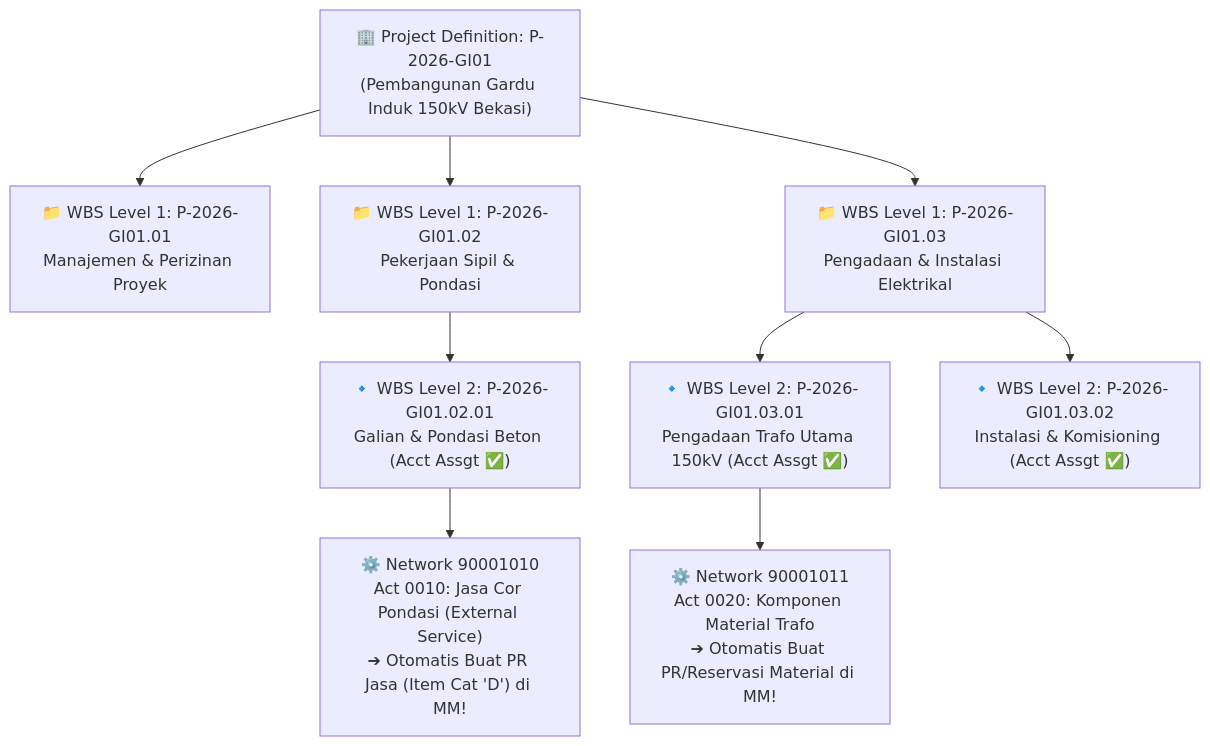
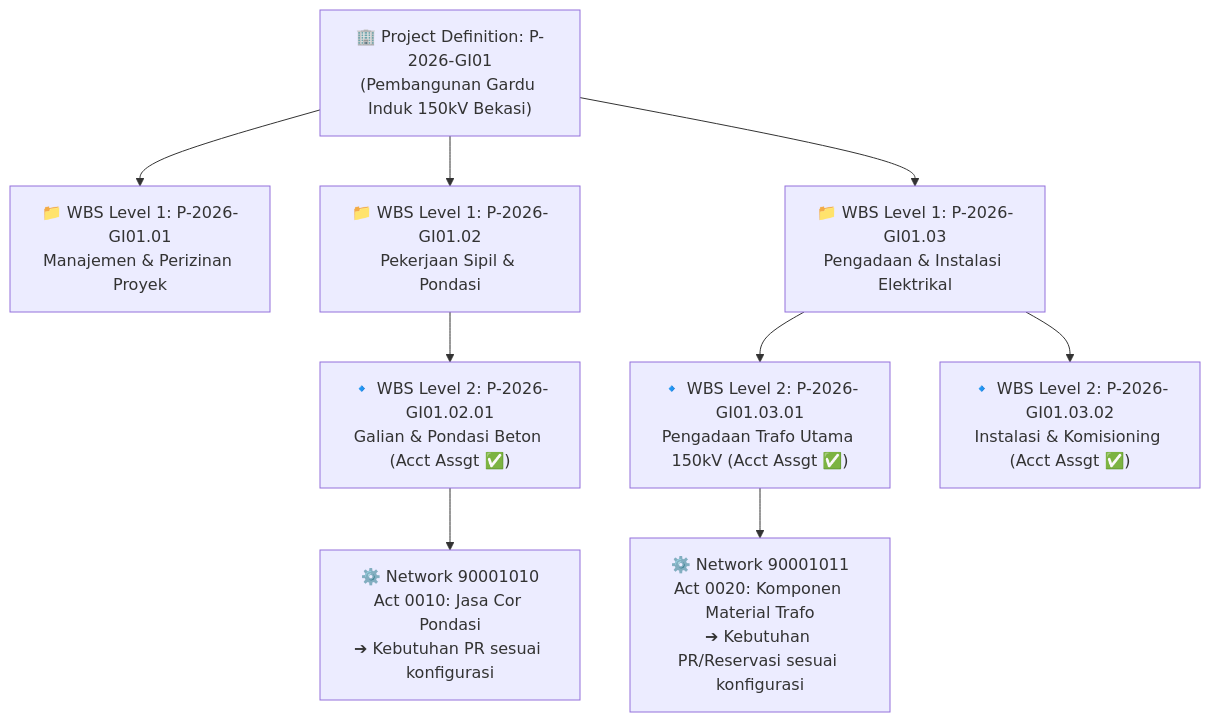
Before and after one commit to rendgraagrida/projects-sap: the first of 2 diagrams in docs/curriculum/04-sap-ps-project-system.md, drawn with Mermaid. The commit also changed other lines of this file and 34 other files, not shown here.

````diff
--- a/docs/curriculum/04-sap-ps-project-system.md
+++ b/docs/curriculum/04-sap-ps-project-system.md
@@ -27,20 +28,20 @@
 ```mermaid
 flowchart TD
     PD["🏢 Project Definition: P-2026-GI01\n(Pembangunan Gardu Induk 150kV Bekasi)"]
     
     WBS1["📁 WBS Level 1: P-2026-GI01.01\nManajemen & Perizinan Proyek"]
     WBS2["📁 WBS Level 1: P-2026-GI01.02\nPekerjaan Sipil & Pondasi"]
     WBS3["📁 WBS Level 1: P-2026-GI01.03\nPengadaan & Instalasi Elektrikal"]
 
     WBS2_1["🔹 WBS Level 2: P-2026-GI01.02.01\nGalian & Pondasi Beton (Acct Assgt ✅)"]
     WBS3_1["🔹 WBS Level 2: P-2026-GI01.03.01\nPengadaan Trafo Utama 150kV (Acct Assgt ✅)"]
     WBS3_2["🔹 WBS Level 2: P-2026-GI01.03.02\nInstalasi & Komisioning (Acct Assgt ✅)"]
 
-    Net1["⚙️ Network 90001010\nAct 0010: Jasa Cor Pondasi (External Service)\n➔ Otomatis Buat PR Jasa (Item Cat 'D') di MM!"]
-    Net2["⚙️ Network 90001011\nAct 0020: Komponen Material Trafo\n➔ Otomatis Buat PR/Reservasi Material di MM!"]
+    Net1["⚙️ Network 90001010\nAct 0010: Jasa Cor Pondasi\n➔ Kebutuhan PR sesuai konfigurasi"]
+    Net2["⚙️ Network 90001011\nAct 0020: Komponen Material Trafo\n➔ Kebutuhan PR/Reservasi sesuai konfigurasi"]
 
     PD --> WBS1 & WBS2 & WBS3
     WBS2 --> WBS2_1 --> Net1
     WBS3 --> WBS3_1 --> Net2
     WBS3 --> WBS3_2
 ```
````
